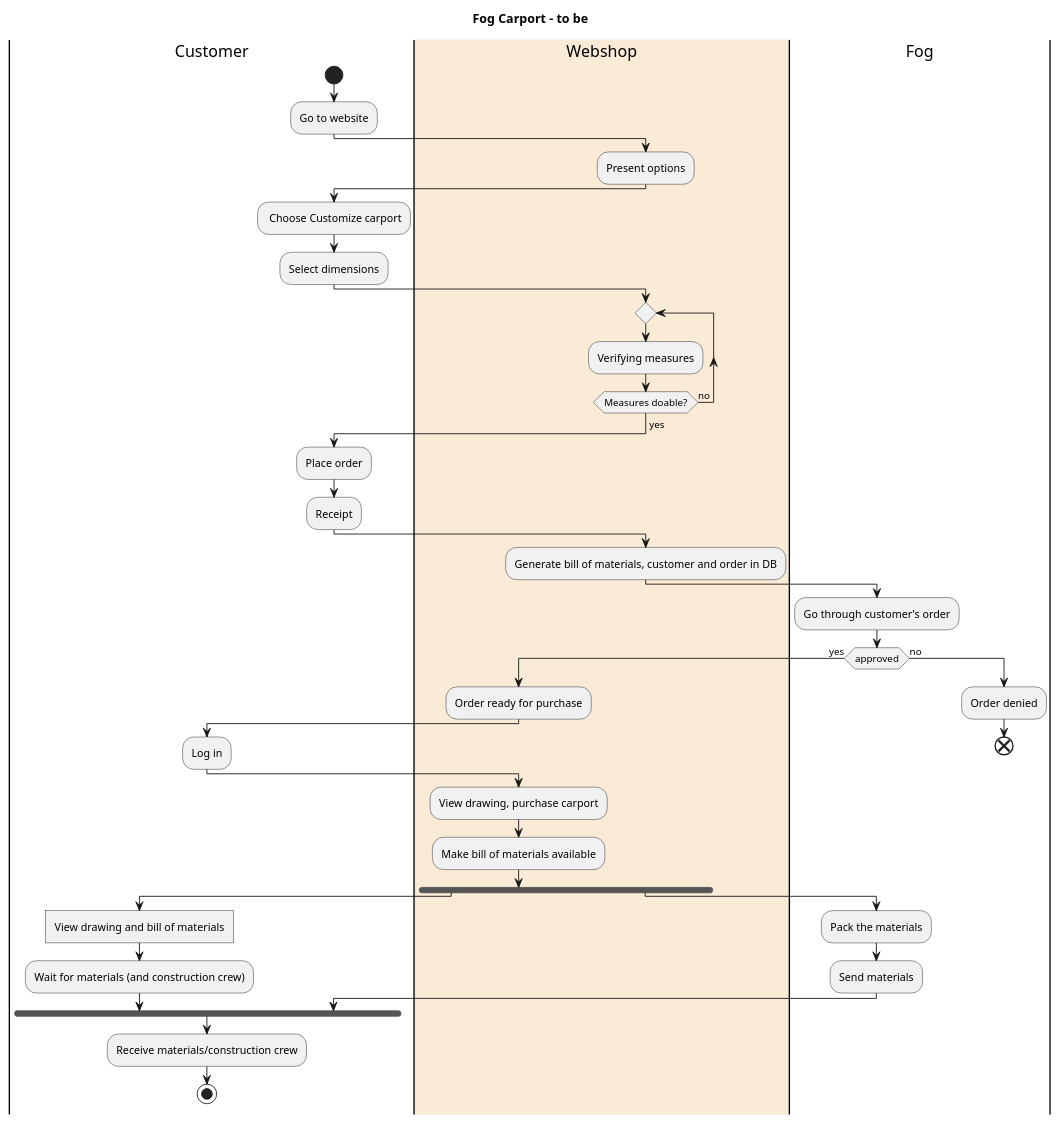
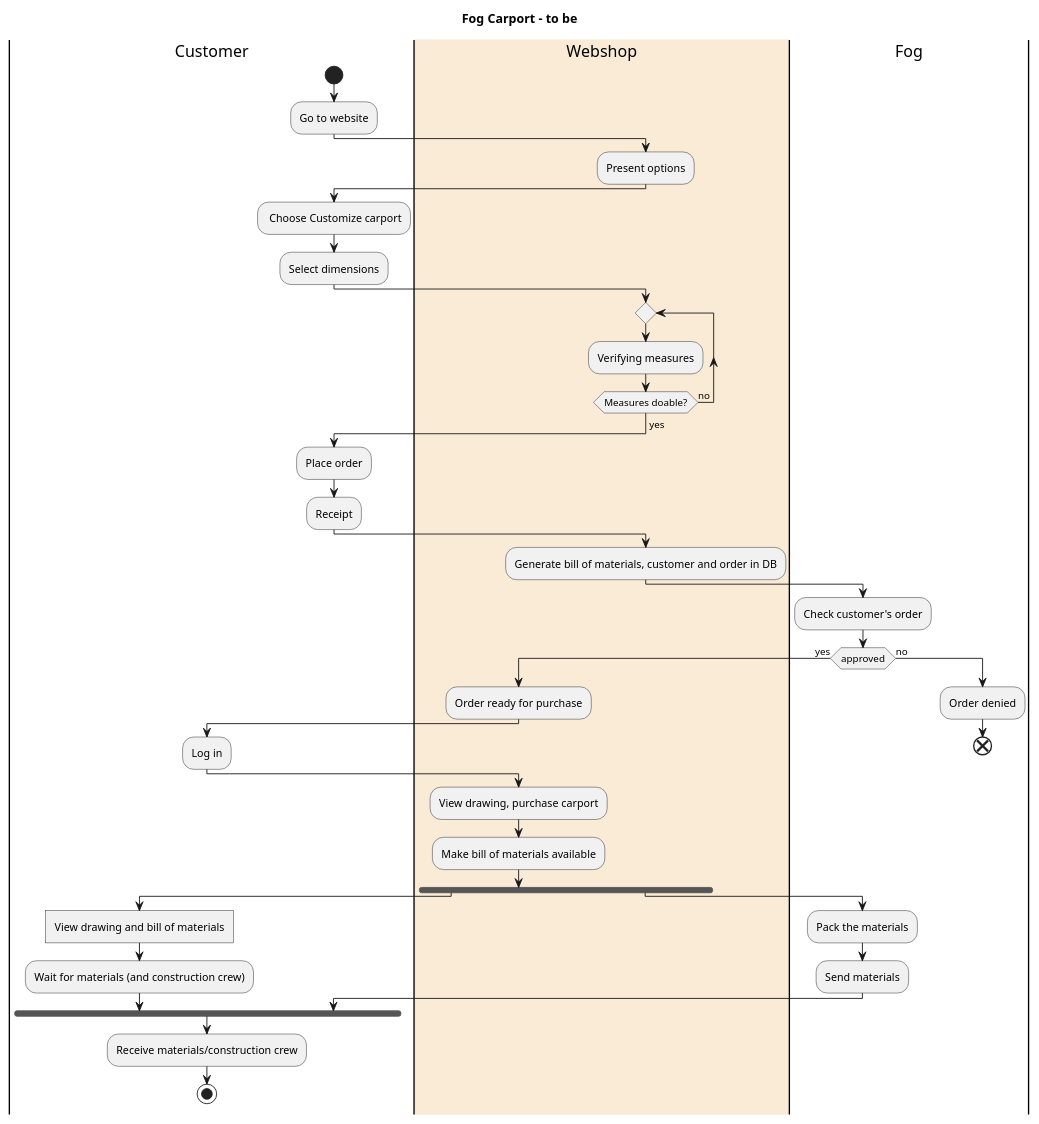
One commit to benskov95/Fog_Carport_Bornit changed the diagram in src/main/Diagrams/Activity diagram to be.puml. Above: the diagram before and after it, drawn with PlantUML.

Commit message:
Ændring i aktivitetsdiagram

```diff
--- a/src/main/Diagrams/Activity diagram to be.puml
+++ b/src/main/Diagrams/Activity diagram to be.puml
@@ -1,49 +1,49 @@
 @startuml
 Title Fog Carport - to be
 |Customer|
 start
 :Go to website;
 |#AntiqueWhite|Webshop|
 :Present options;
 |Customer|
 : Choose Customize carport;
 :Select dimensions;
 |Webshop|
 repeat
 :Verifying measures;
 repeat while (Measures doable?) is (no)
 ->yes;
 |Customer|
 :Place order;
 :Receipt;
 |Webshop|
 :Generate bill of materials, customer and order in DB;
 |Fog|
-:Go through customer's order;
+:Check customer's order;
 if (approved) then
 ->yes;
 |Webshop|
 :Order ready for purchase;
 |Customer|
 :Log in;
 |Webshop|
 :View drawing, purchase carport;
 :Make bill of materials available;
 fork
 |Customer|
 :View drawing and bill of materials]
 :Wait for materials (and construction crew);
 fork again
 |Fog|
 :Pack the materials;
 :Send materials;
 |Customer|
 end fork
 :Receive materials/construction crew;
 stop
 else
 ->no;
 |Fog|
 :Order denied;
 end
 @endum
```
